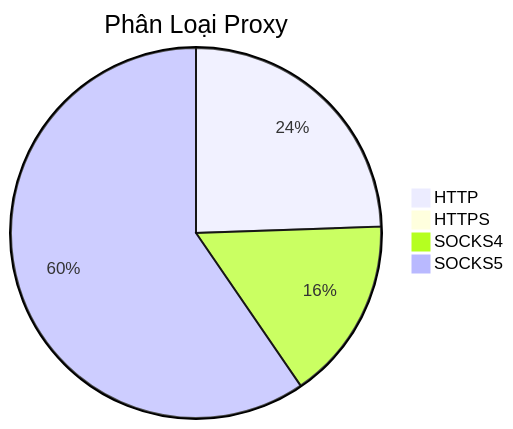
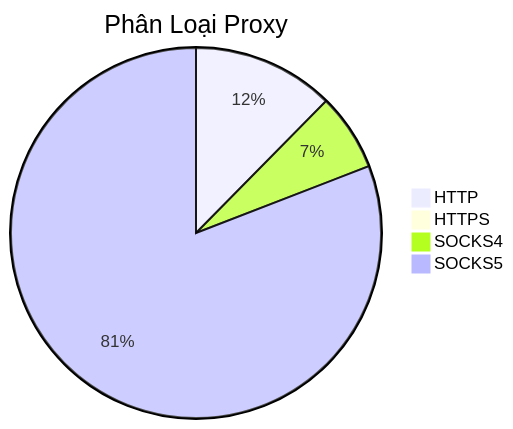
Before and after one commit to Ciara-Aa/PROXY-free: the diagram in README.md, drawn with Mermaid. The commit also changed other lines of this file and 3 other files, not shown here.

````diff
--- a/README.md
+++ b/README.md
@@ -26,7 +26,7 @@
 ```mermaid
 pie title Phân Loại Proxy
-    "HTTP" : 390
+    "HTTP" : 459
     "HTTPS" : 0
-    "SOCKS4" : 255
-    "SOCKS5" : 950
+    "SOCKS4" : 250
+    "SOCKS5" : 2998
 ```
````
